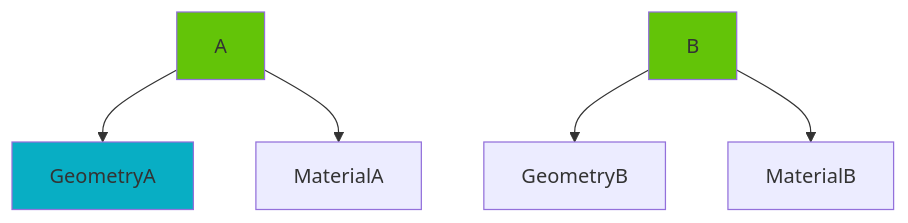
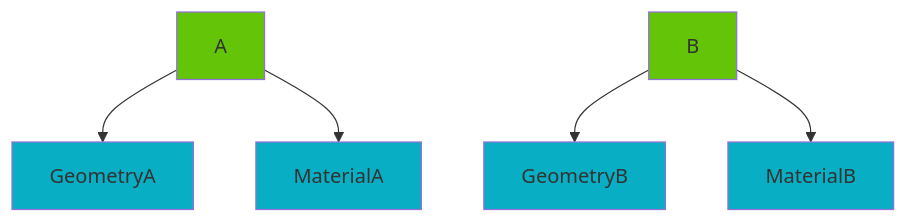
One commit to tomvandig/eccg changed the first of 3 diagrams in README.md. Above: the diagram before and after it, drawn with Mermaid. The commit also changed other lines of this file, not shown here.

````diff
--- a/README.md
+++ b/README.md
@@ -30,14 +30,17 @@
 ```mermaid
 graph TD;
     A-->GeometryA;
     A-->MaterialA;
 
     B-->GeometryB;
     B-->MaterialB;
     
     
     style A fill:#63c408
     style B fill:#63c408
 
     style GeometryA fill:#08aec4
+    style GeometryB fill:#08aec4
+    style MaterialA fill:#08aec4
+    style MaterialB fill:#08aec4
 ```
````
